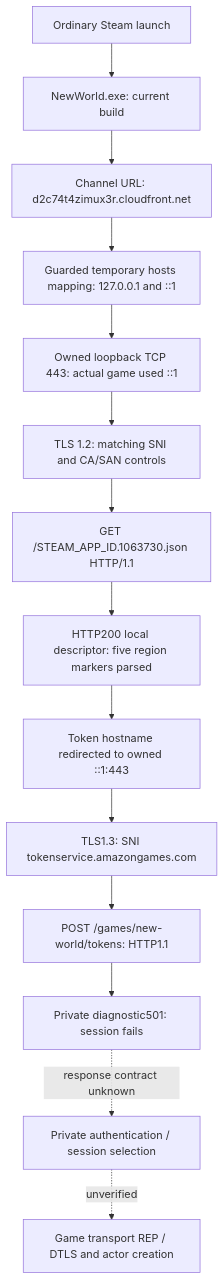
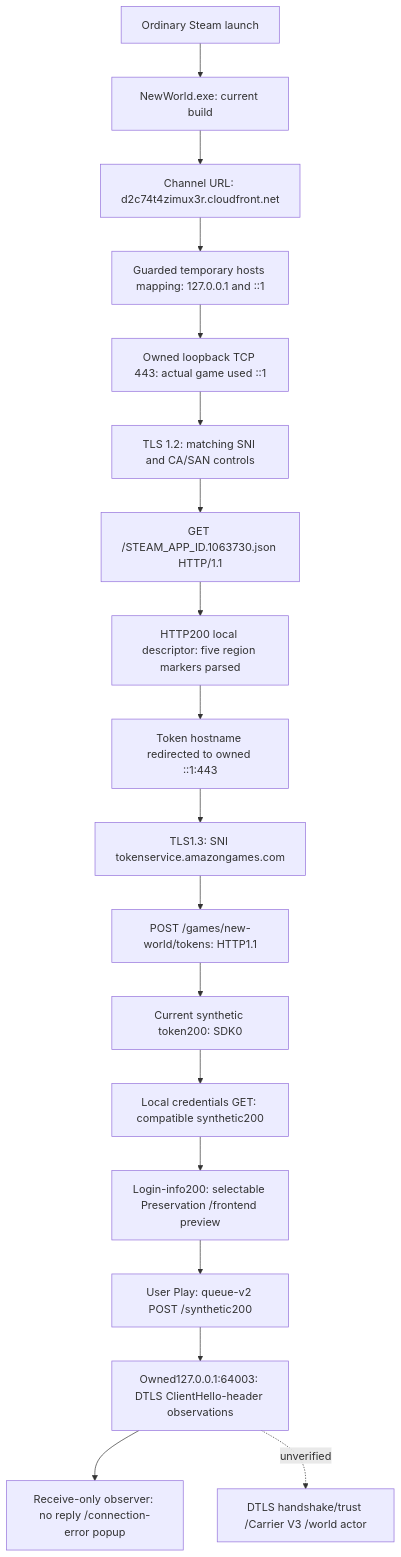
One commit to AScriver/NewWorldPreservation changed the diagram in docs/CURRENT_CLIENT_CONNECTIVITY.md. Above: the diagram before and after it, drawn with Mermaid. The commit also changed other lines of this file and 21 other files, not shown here.

Commit message:
Prove current-client private queue-to-DTLS endpoint handoff

````diff
--- a/docs/CURRENT_CLIENT_CONNECTIVITY.md
+++ b/docs/CURRENT_CLIENT_CONNECTIVITY.md
@@ -25,16 +25,20 @@
 ```mermaid
 flowchart TD
     Steam[Ordinary Steam launch] --> Client[NewWorld.exe: current build]
     Client --> Bootstrap[Channel URL: d2c74t4zimux3r.cloudfront.net]
     Bootstrap --> Hosts[Guarded temporary hosts mapping: 127.0.0.1 and ::1]
     Hosts --> Probe[Owned loopback TCP 443: actual game used ::1]
     Probe --> TLS[TLS 1.2: matching SNI and CA/SAN controls]
     TLS --> GET[GET /STEAM_APP_ID.1063730.json HTTP/1.1]
     GET --> Regions[HTTP200 local descriptor: five region markers parsed]
     Regions --> Token[Token hostname redirected to owned ::1:443]
     Token --> TokenTLS[TLS1.3: SNI tokenservice.amazongames.com]
     TokenTLS --> Post[POST /games/new-world/tokens: HTTP1.1]
-    Post --> Stop[Private diagnostic501: session fails]
-    Stop -. response contract unknown .-> Auth[Private authentication / session selection]
-    Auth -. unverified .-> REP[Game transport REP / DTLS and actor creation]
+    Post --> TokenAccepted[Current synthetic token200: SDK0]
+    TokenAccepted --> Credentials[Local credentials GET: compatible synthetic200]
+    Credentials --> Preview[Login-info200: selectable Preservation /frontend preview]
+    Preview --> Queue[User Play: queue-v2 POST /synthetic200]
+    Queue --> UDP[Owned127.0.0.1:64003: DTLS ClientHello-header observations]
+    UDP --> Stop[Receive-only observer: no reply /connection-error popup]
+    UDP -. unverified .-> REP[DTLS handshake/trust /Carrier V3 /world actor]
 ```
````
